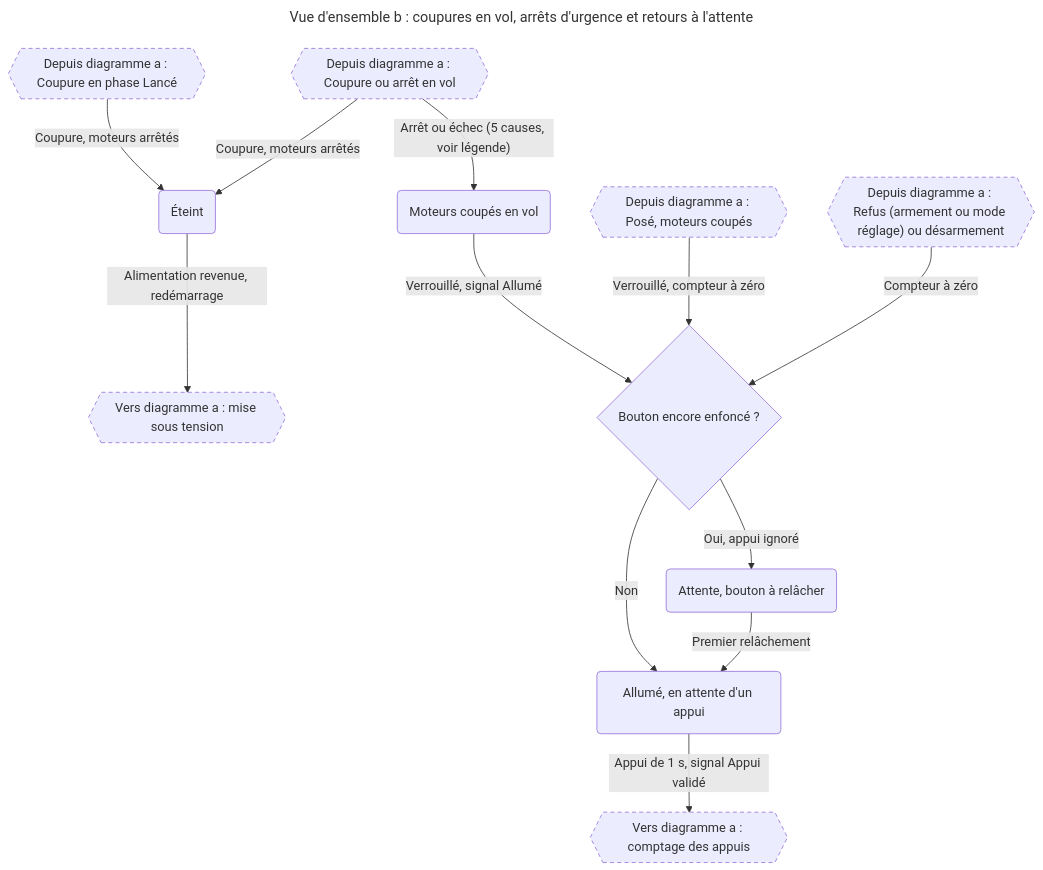
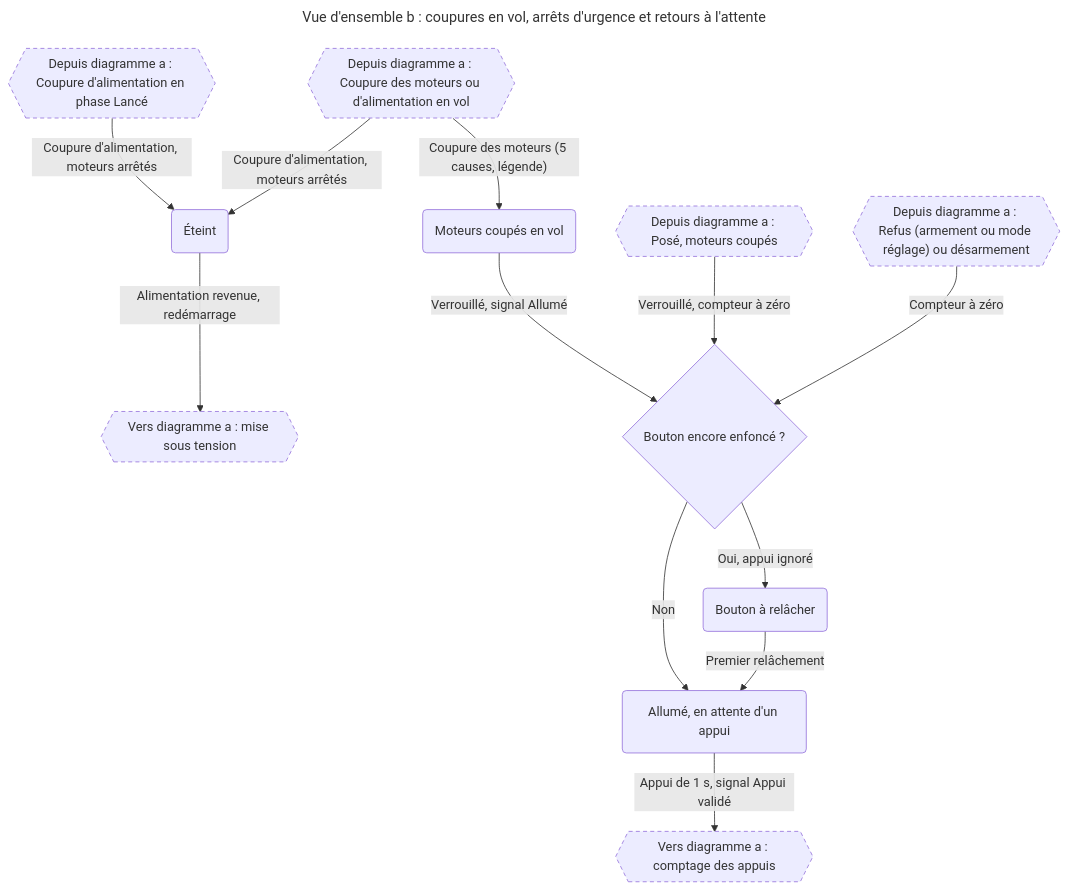
Before and after one commit to thourymatthieu-png/coworker_archi_system: the third of 15 diagrams in projets/boomrone/00-scenarios.md, drawn with Mermaid. The commit also changed other lines of this file and 5 other files, not shown here.

````diff
--- a/projets/boomrone/00-scenarios.md
+++ b/projets/boomrone/00-scenarios.md
@@ -143,30 +142,30 @@
 ```mermaid
 ---
 title: "Vue d'ensemble b : coupures en vol, arrêts d'urgence et retours à l'attente"
 ---
 flowchart TD
-    RAL{{"Depuis diagramme a : Coupure en phase Lancé"}}
-    RAV{{"Depuis diagramme a : Coupure ou arrêt en vol"}}
+    RAL{{"Depuis diagramme a : Coupure d'alimentation en phase Lancé"}}
+    RAV{{"Depuis diagramme a : Coupure des moteurs ou d'alimentation en vol"}}
     RAP{{"Depuis diagramme a : Posé, moteurs coupés"}}
     RAR{{"Depuis diagramme a : Refus (armement ou mode réglage) ou désarmement"}}
     Coupe("Moteurs coupés en vol")
     Eteint("Éteint")
     VersA{{"Vers diagramme a : mise sous tension"}}
     Dec{"Bouton encore enfoncé ?"}
     Attente("Allumé, en attente d'un appui")
-    ARel("Attente, bouton à relâcher")
+    ARel("Bouton à relâcher")
     VersA2{{"Vers diagramme a : comptage des appuis"}}
-    RAL -->|"Coupure, moteurs arrêtés"| Eteint
-    RAV -->|"Arrêt ou échec (5 causes, voir légende)"| Coupe
-    RAV -->|"Coupure, moteurs arrêtés"| Eteint
+    RAL -->|"Coupure d'alimentation, moteurs arrêtés"| Eteint
+    RAV -->|"Coupure des moteurs (5 causes, légende)"| Coupe
+    RAV -->|"Coupure d'alimentation, moteurs arrêtés"| Eteint
     Eteint -->|"Alimentation revenue, redémarrage"| VersA
     Coupe -->|"Verrouillé, signal Allumé"| Dec
     RAP -->|"Verrouillé, compteur à zéro"| Dec
     RAR -->|"Compteur à zéro"| Dec
     Dec -->|"Non"| Attente
     Dec -->|"Oui, appui ignoré"| ARel
     ARel -->|"Premier relâchement"| Attente
     Attente -->|"Appui de 1 s, signal Appui validé"| VersA2
     classDef renvoi stroke-dasharray: 5 4
     class RAL,RAV,RAP,RAR,VersA,VersA2 renvoi
 ```
````
